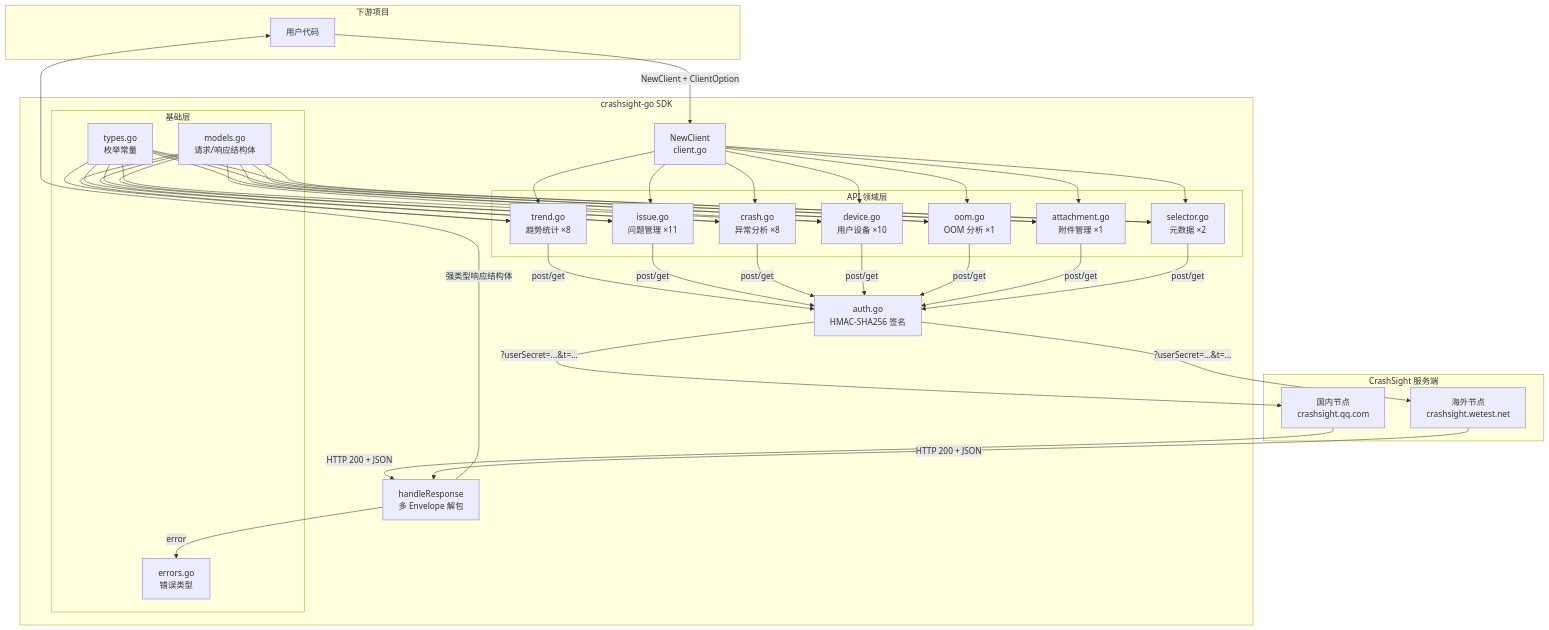
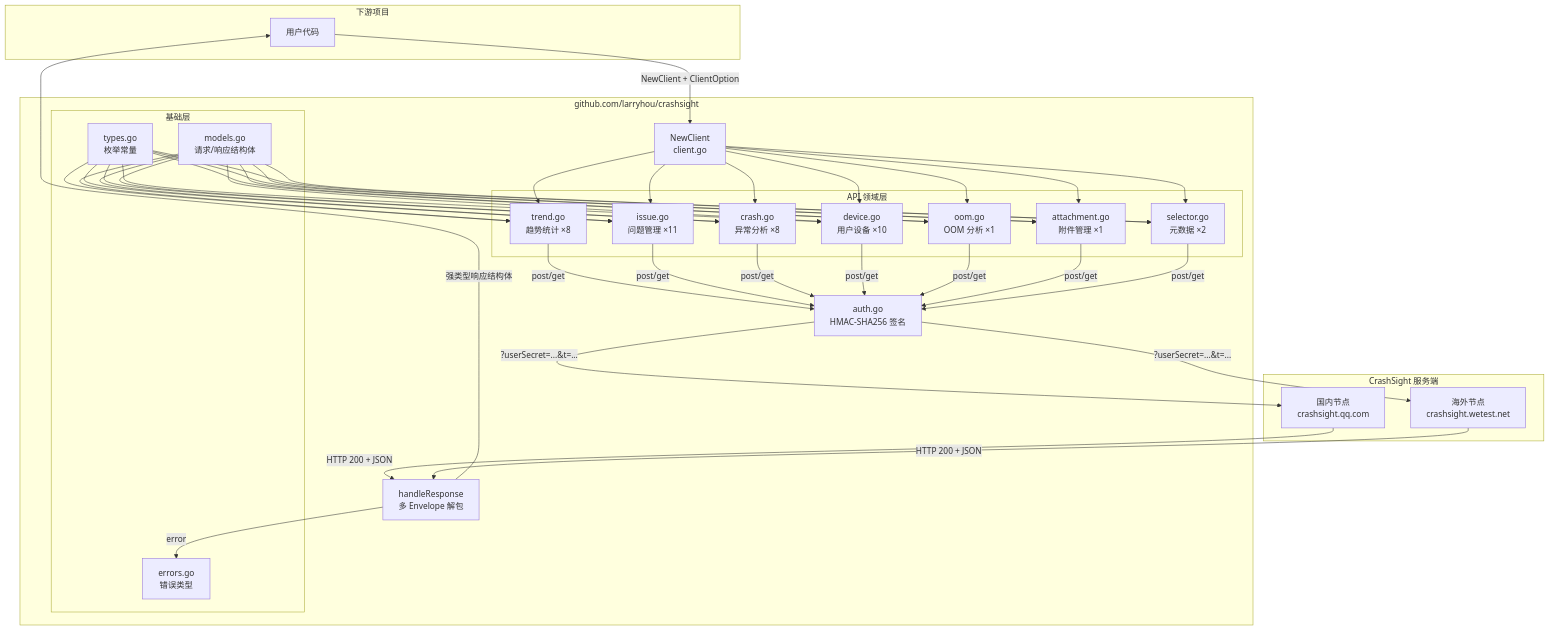
The first of 7 diagrams in .opencode/skills/crashsight-go-sdk/SKILL.md (larryhou/crashsight), drawn with Mermaid before and after one commit. The commit also changed other lines of this file and 3 other files, not shown here.

First line of the commit message:
refactor: rename module to github.com/larryhou/crashsight

````diff
--- a/.opencode/skills/crashsight-go-sdk/SKILL.md
+++ b/.opencode/skills/crashsight-go-sdk/SKILL.md
@@ -20,42 +20,42 @@
 ```mermaid
 graph TD
     subgraph 下游项目
         App[用户代码]
     end
 
-    subgraph crashsight-go SDK
+    subgraph github.com/larryhou/crashsight
         NC[NewClient\nclient.go]
         Auth[auth.go\nHMAC-SHA256 签名]
         HR[handleResponse\n多 Envelope 解包]
 
         subgraph API 领域层
             T[trend.go\n趋势统计 ×8]
             I[issue.go\n问题管理 ×11]
             C[crash.go\n异常分析 ×8]
             D[device.go\n用户设备 ×10]
             O[oom.go\nOOM 分析 ×1]
             A[attachment.go\n附件管理 ×1]
             S[selector.go\n元数据 ×2]
         end
 
         subgraph 基础层
             Types[types.go\n枚举常量]
             Models[models.go\n请求/响应结构体]
             Errors[errors.go\n错误类型]
         end
     end
 
     subgraph CrashSight 服务端
         CN[国内节点\ncrashsight.qq.com]
         SG[海外节点\ncrashsight.wetest.net]
     end
 
     App -->|NewClient + ClientOption| NC
     NC --> T & I & C & D & O & A & S
     T & I & C & D & O & A & S -->|post/get| Auth
     Auth -->|?userSecret=...&t=...| CN & SG
     CN & SG -->|HTTP 200 + JSON| HR
     HR -->|强类型响应结构体| App
     HR -->|error| Errors
     Types & Models --> T & I & C & D & O & A & S
 ```
````
